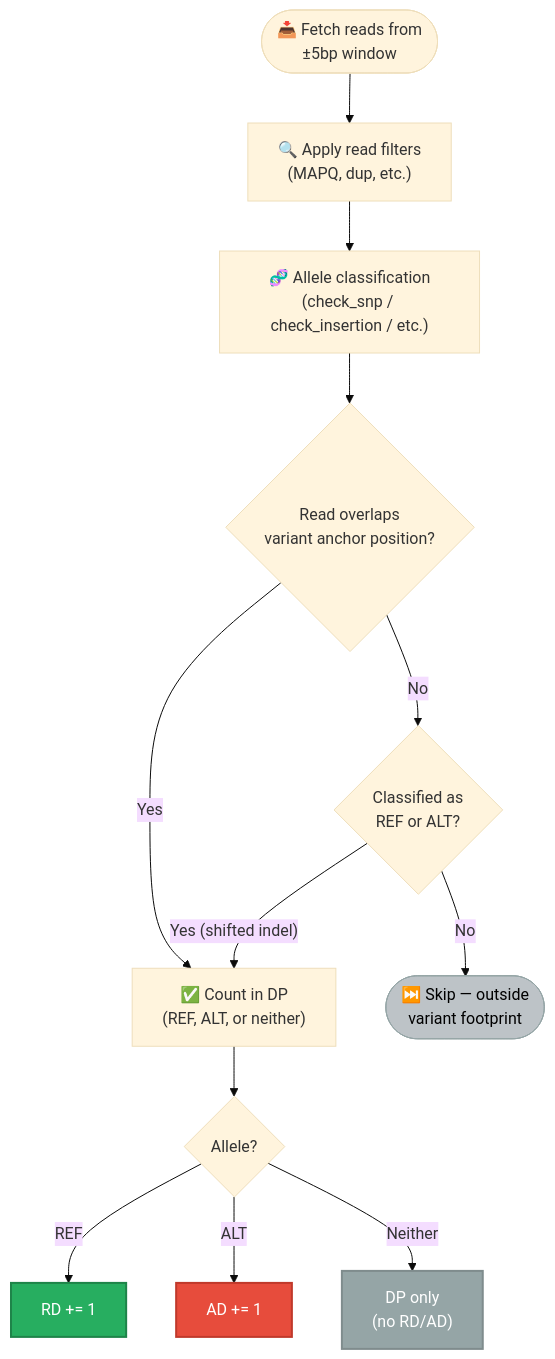
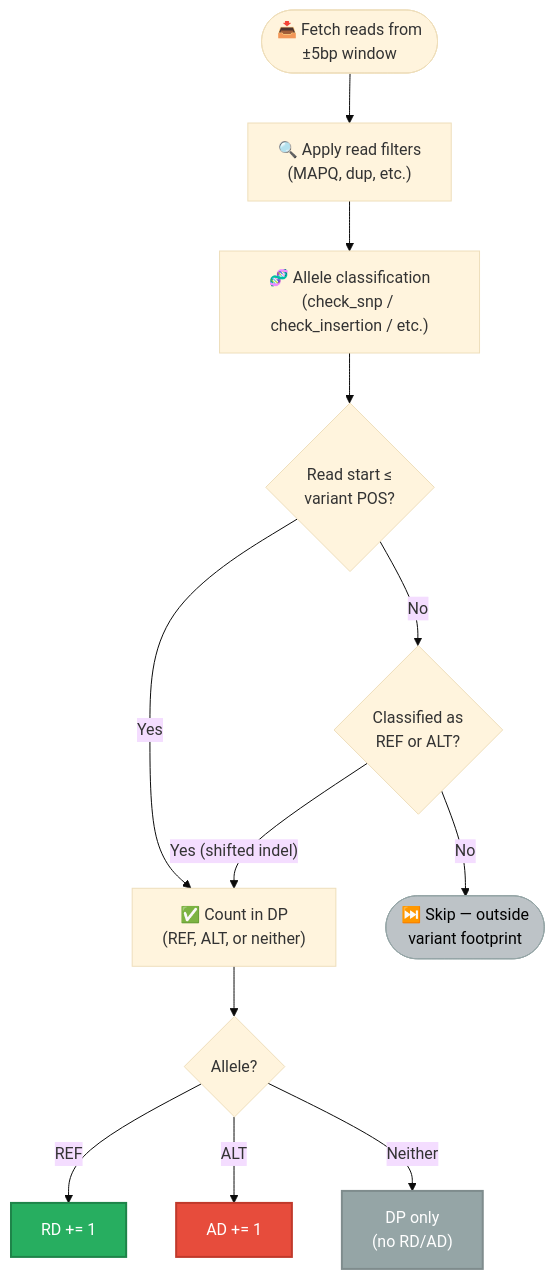
The second of 4 diagrams in docs/reference/counting-metrics.md (msk-access/py-gbcms), drawn with Mermaid (base theme) before and after one commit. The commit also changed other lines of this file and 22 other files, not shown here.

````diff
--- a/docs/reference/counting-metrics.md
+++ b/docs/reference/counting-metrics.md
@@ -34,19 +34,19 @@
 ```mermaid
 flowchart TD
     Fetch(["📥 Fetch reads from<br/>±5bp window"]) --> Filters["🔍 Apply read filters<br/>(MAPQ, dup, etc.)"]
     Filters --> Classify["🧬 Allele classification<br/>(check_snp / check_insertion / etc.)"]
-    Classify --> Anchor{"Read overlaps<br/>variant anchor position?"}
+    Classify --> Anchor{"Read start ≤<br/>variant POS?"}
     Anchor -->|"Yes"| DP["✅ Count in DP<br/>(REF, ALT, or neither)"]
     Anchor -->|"No"| ClassCheck{"Classified as<br/>REF or ALT?"}
     ClassCheck -->|"Yes (shifted indel)"| DP
     ClassCheck -->|"No"| Skip(["⏭️ Skip — outside<br/>variant footprint"]):::skip
     DP --> Allele{"Allele?"}
     Allele -->|REF| RD["RD += 1"]:::ref
     Allele -->|ALT| AD["AD += 1"]:::alt
     Allele -->|Neither| Neither["DP only<br/>(no RD/AD)"]:::neither
 
     classDef ref fill:#27ae60,color:#fff,stroke:#1e8449,stroke-width:2px;
     classDef alt fill:#e74c3c,color:#fff,stroke:#c0392b,stroke-width:2px;
     classDef neither fill:#95a5a6,color:#fff,stroke:#7f8c8d,stroke-width:2px;
     classDef skip fill:#bdc3c7,color:#000,stroke:#95a5a6;
 ```
````
